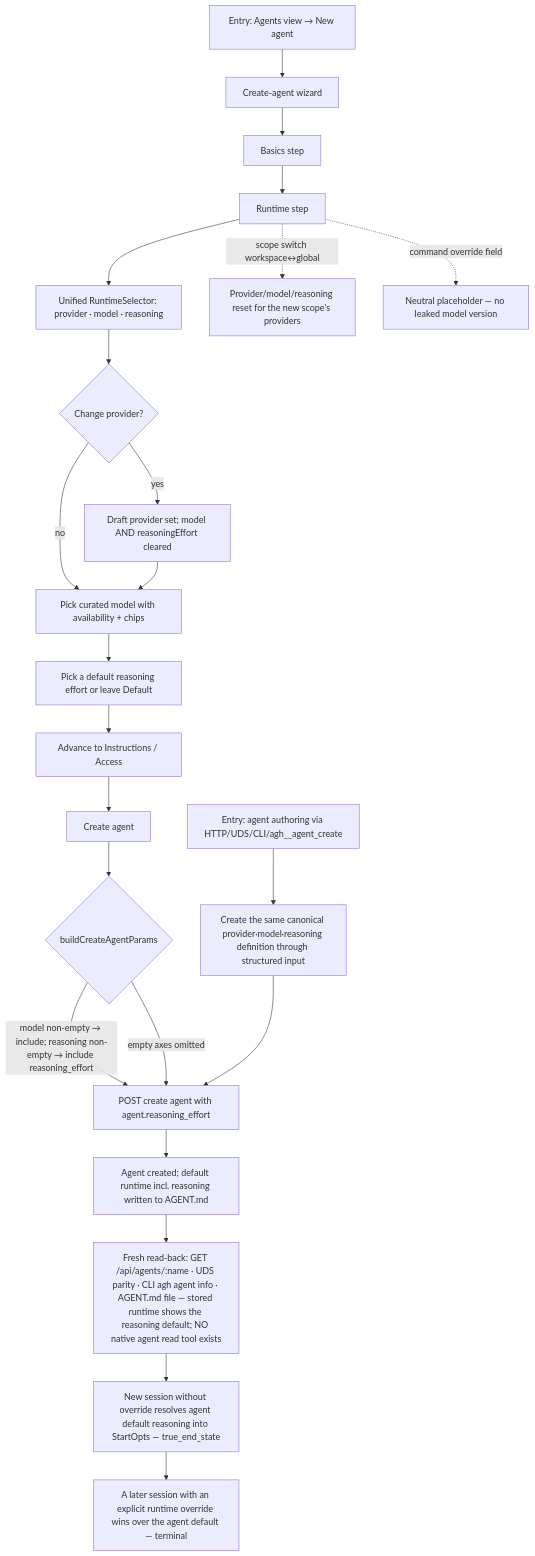
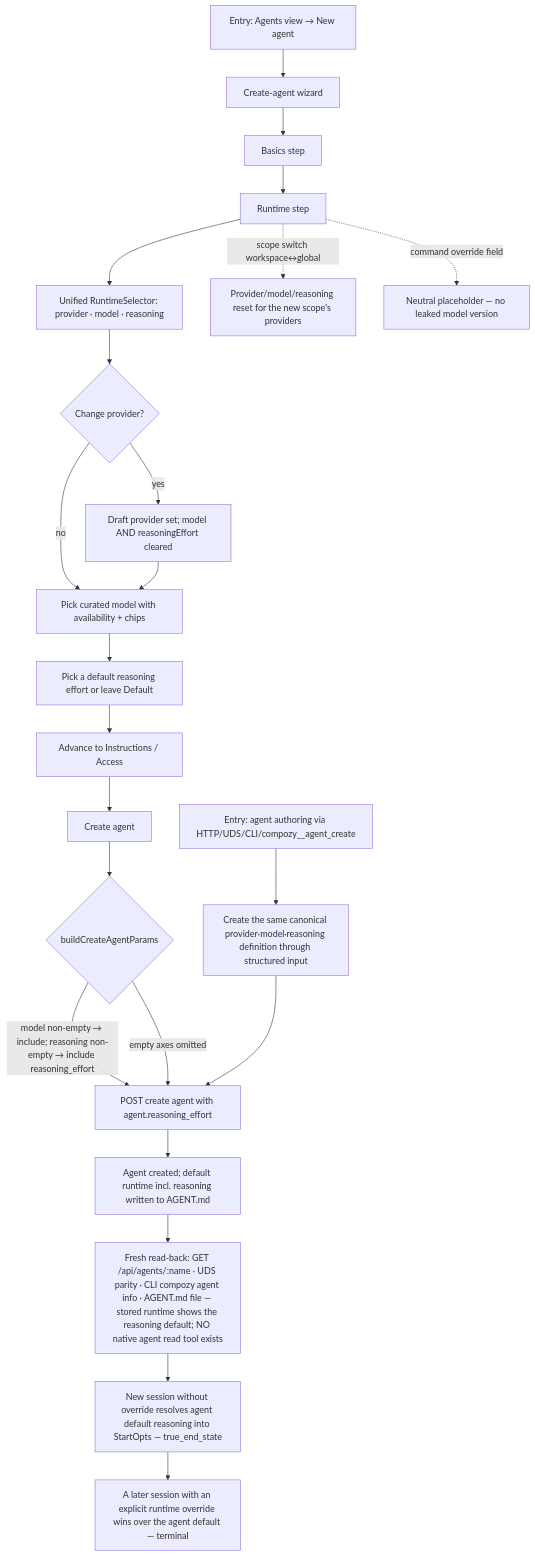
One commit to compozy/compozy changed the diagram in docs/qa/journeys/J-18-agent-create-gains-reasoning.md. Above: the diagram before and after it, drawn with Mermaid. The commit also changed other lines of this file and 831 other files, not shown here.

````diff
--- a/docs/qa/journeys/J-18-agent-create-gains-reasoning.md
+++ b/docs/qa/journeys/J-18-agent-create-gains-reasoning.md
@@ -5,25 +5,25 @@
 ```mermaid
 flowchart TD
     E1[Entry: Agents view → New agent] --> W[Create-agent wizard]
-    E2[Entry: agent authoring via HTTP/UDS/CLI/agh__agent_create] --> STRUCT[Create the same canonical provider·model·reasoning definition through structured input]
+    E2[Entry: agent authoring via HTTP/UDS/CLI/compozy__agent_create] --> STRUCT[Create the same canonical provider·model·reasoning definition through structured input]
     W --> B[Basics step]
     B --> R[Runtime step]
     R --> SEL[Unified RuntimeSelector: provider · model · reasoning]
     SEL --> PICKP{Change provider?}
     PICKP -->|yes| CLR[Draft provider set; model AND reasoningEffort cleared]
     PICKP -->|no| PICKM[Pick curated model with availability + chips]
     CLR --> PICKM
     PICKM --> PICKE[Pick a default reasoning effort or leave Default]
     PICKE --> NEXT[Advance to Instructions / Access]
     NEXT --> SUB[Create agent]
     SUB --> PARAMS{buildCreateAgentParams}
     PARAMS -->|model non-empty → include; reasoning non-empty → include reasoning_effort| POST[POST create agent with agent.reasoning_effort]
     PARAMS -->|empty axes omitted| POST
     STRUCT --> POST
     POST --> OK[Agent created; default runtime incl. reasoning written to AGENT.md]
-    OK --> FRESHREAD[Fresh read-back: GET /api/agents/:name · UDS parity · CLI agh agent info · AGENT.md file — stored runtime shows the reasoning default; NO native agent read tool exists]
+    OK --> FRESHREAD[Fresh read-back: GET /api/agents/:name · UDS parity · CLI compozy agent info · AGENT.md file — stored runtime shows the reasoning default; NO native agent read tool exists]
     FRESHREAD --> SESS[New session without override resolves agent default reasoning into StartOpts — true_end_state]
     SESS --> OVERRIDE[A later session with an explicit runtime override wins over the agent default — terminal]
     R -.->|scope switch workspace↔global| RESETALL[Provider/model/reasoning reset for the new scope's providers]
     R -.->|command override field| CMD[Neutral placeholder — no leaked model version]
 ```
````
